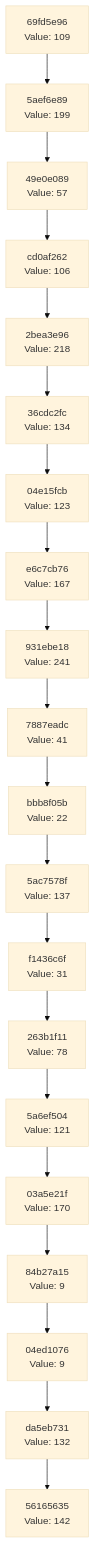
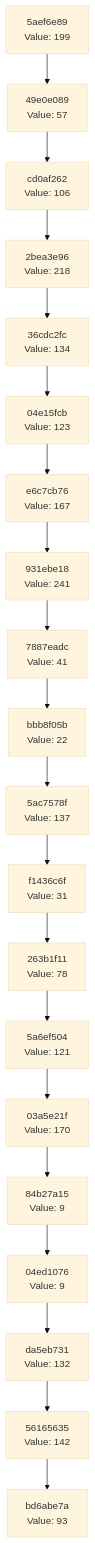
Before and after one commit to Abhisheksinha1506/hash-chain-evolver: the diagram in docs/CHAIN_VISUALIZATION.md, drawn with Mermaid (base theme). The commit also changed 2 other files, not shown here.

Commit message:
Evolution step: hash 0x5D → action executed

````diff
--- a/docs/CHAIN_VISUALIZATION.md
+++ b/docs/CHAIN_VISUALIZATION.md
@@ -3,42 +3,42 @@
 ```mermaid
 graph TD
-    C0["56165635<br/>Value: 142"]
-    C1["da5eb731<br/>Value: 132"]
+    C0["bd6abe7a<br/>Value: 93"]
+    C1["56165635<br/>Value: 142"]
     C1 --> C0
-    C2["04ed1076<br/>Value: 9"]
+    C2["da5eb731<br/>Value: 132"]
     C2 --> C1
-    C3["84b27a15<br/>Value: 9"]
+    C3["04ed1076<br/>Value: 9"]
     C3 --> C2
-    C4["03a5e21f<br/>Value: 170"]
+    C4["84b27a15<br/>Value: 9"]
     C4 --> C3
-    C5["5a6ef504<br/>Value: 121"]
+    C5["03a5e21f<br/>Value: 170"]
     C5 --> C4
-    C6["263b1f11<br/>Value: 78"]
+    C6["5a6ef504<br/>Value: 121"]
     C6 --> C5
-    C7["f1436c6f<br/>Value: 31"]
+    C7["263b1f11<br/>Value: 78"]
     C7 --> C6
-    C8["5ac7578f<br/>Value: 137"]
+    C8["f1436c6f<br/>Value: 31"]
     C8 --> C7
-    C9["bbb8f05b<br/>Value: 22"]
+    C9["5ac7578f<br/>Value: 137"]
     C9 --> C8
-    C10["7887eadc<br/>Value: 41"]
+    C10["bbb8f05b<br/>Value: 22"]
     C10 --> C9
-    C11["931ebe18<br/>Value: 241"]
+    C11["7887eadc<br/>Value: 41"]
     C11 --> C10
-    C12["e6c7cb76<br/>Value: 167"]
+    C12["931ebe18<br/>Value: 241"]
     C12 --> C11
-    C13["04e15fcb<br/>Value: 123"]
+    C13["e6c7cb76<br/>Value: 167"]
     C13 --> C12
-    C14["36cdc2fc<br/>Value: 134"]
+    C14["04e15fcb<br/>Value: 123"]
     C14 --> C13
-    C15["2bea3e96<br/>Value: 218"]
+    C15["36cdc2fc<br/>Value: 134"]
     C15 --> C14
-    C16["cd0af262<br/>Value: 106"]
+    C16["2bea3e96<br/>Value: 218"]
     C16 --> C15
-    C17["49e0e089<br/>Value: 57"]
+    C17["cd0af262<br/>Value: 106"]
     C17 --> C16
-    C18["5aef6e89<br/>Value: 199"]
+    C18["49e0e089<br/>Value: 57"]
     C18 --> C17
-    C19["69fd5e96<br/>Value: 109"]
+    C19["5aef6e89<br/>Value: 199"]
     C19 --> C18
 ```
````
